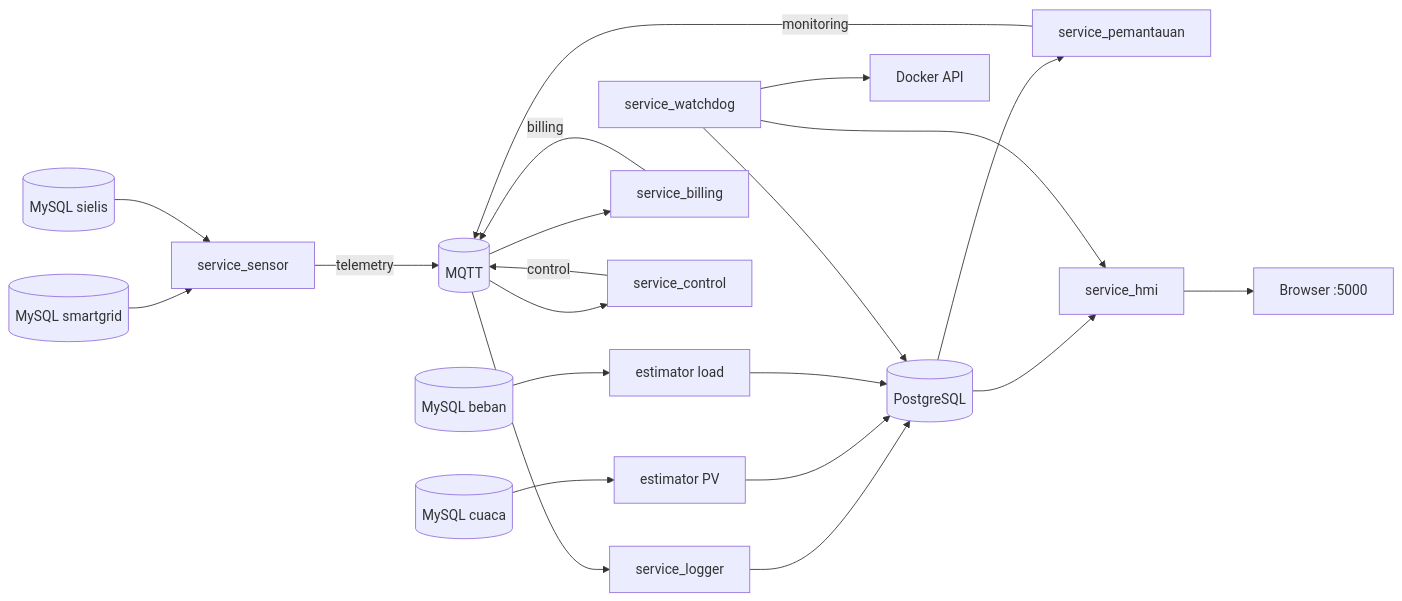
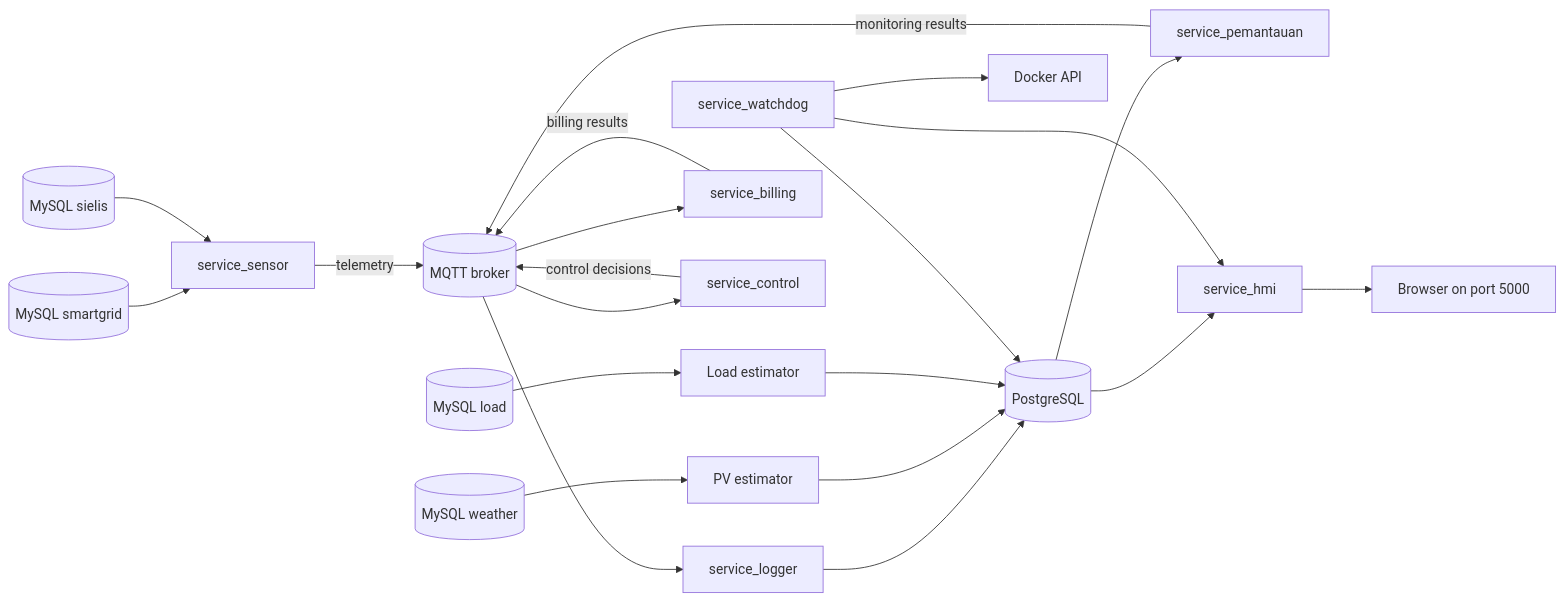
Before and after one commit to Naktekfis/mbkm-plts: the diagram in docs/architecture.md, drawn with Mermaid. The commit also changed other lines of this file and 7 other files, not shown here.

````diff
--- a/docs/architecture.md
+++ b/docs/architecture.md
@@ -7,26 +7,26 @@
 ```mermaid
 flowchart LR
     MYSQL1[(MySQL smartgrid)] --> SENSOR[service_sensor]
     MYSQL2[(MySQL sielis)] --> SENSOR
-    WEATHER[(MySQL cuaca)] --> PV[estimator PV]
-    LOADDB[(MySQL beban)] --> LOAD[estimator load]
+    WEATHER[(MySQL weather)] --> PV[PV estimator]
+    LOADDB[(MySQL load)] --> LOAD[Load estimator]
 
-    SENSOR -->|telemetry| MQTT[(MQTT)]
+    SENSOR -->|telemetry| MQTT[(MQTT broker)]
     MQTT --> BILLING[service_billing]
     MQTT --> CONTROL[service_control]
     MQTT --> LOGGER[service_logger]
-    BILLING -->|billing| MQTT
-    CONTROL -->|control| MQTT
+    BILLING -->|billing results| MQTT
+    CONTROL -->|control decisions| MQTT
 
     LOGGER --> PG[(PostgreSQL)]
     PG --> VALIDATOR[service_pemantauan]
-    VALIDATOR -->|monitoring| MQTT
+    VALIDATOR -->|monitoring results| MQTT
     PV --> PG
     LOAD --> PG
     PG --> HMI[service_hmi]
-    HMI --> BROWSER[Browser :5000]
+    HMI --> BROWSER[Browser on port 5000]
 
     WATCHDOG[service_watchdog] --> PG
     WATCHDOG --> HMI
     WATCHDOG --> DOCKER[Docker API]
 ```
````
